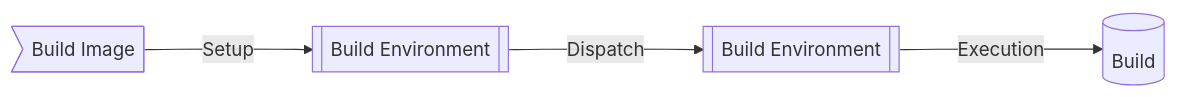
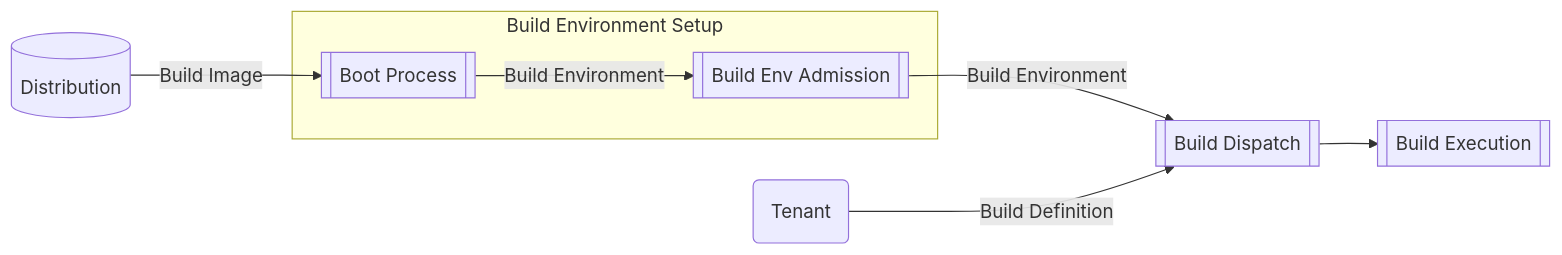
The diagram in spec/build-env-track-basics.md (slsa-framework/slsa), drawn with Mermaid before and after one commit.

Commit message:
Refine lifecycle diagram

```diff
--- a/spec/build-env-track-basics.md
+++ b/spec/build-env-track-basics.md
@@ -96,6 +96,10 @@
 <div class="mermaid">
 flowchart LR
-      BuildImage>Build Image] ---> |Setup|Setup[[Build Environment]]
-      Setup[[Build Environment]] ---> |Dispatch|Dispatch[[Build Environment]]
-      Dispatch[[Build Environment]] ---> |Execution|Build[(Build)]
+    subgraph LR Setup[Build Environment Setup]
+        Boot[[Boot Process]] -->|Build Environment| Admission[[Build Env Admission]]
+    end
+    Distribution[(Distribution)] -->|Build Image| Boot
+    Admission -->|Build Environment| Dispatch[[Build Dispatch]]
+    Tenant(Tenant) -->|Build Definition| Dispatch
+    Dispatch --> Build[[Build Execution]]
 </div>
```
